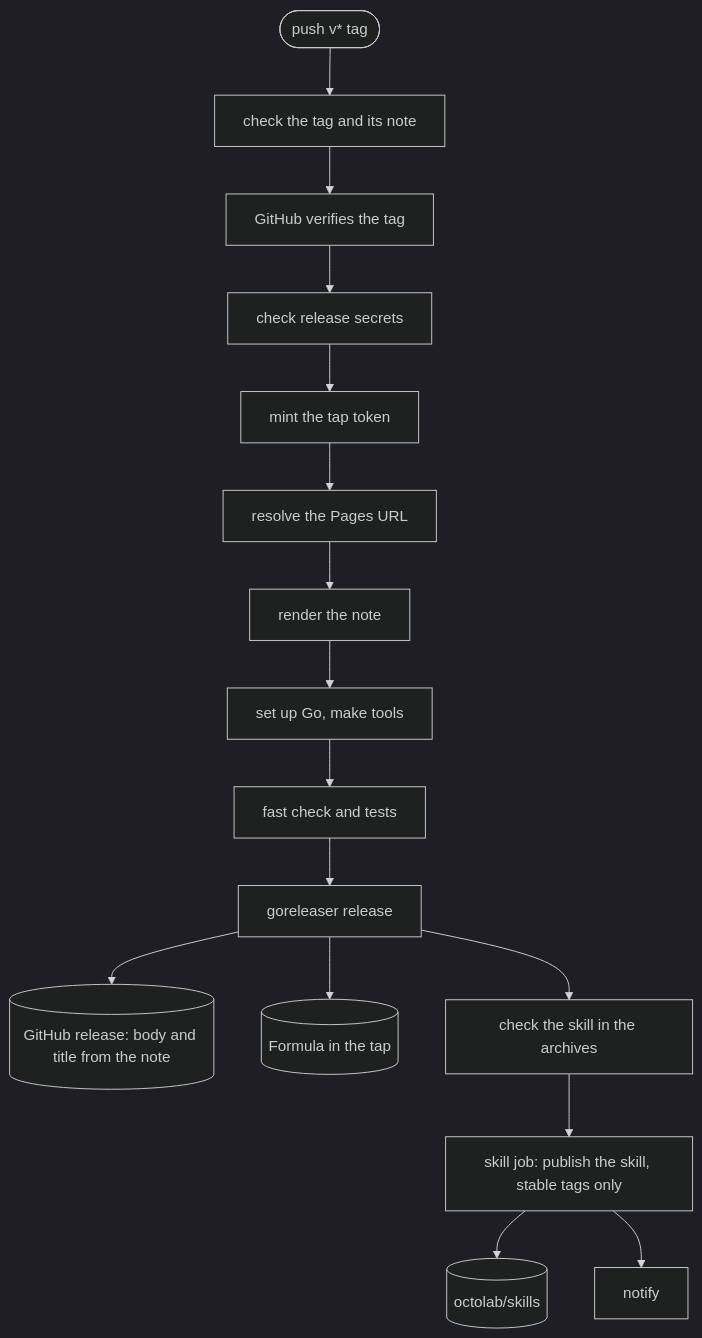
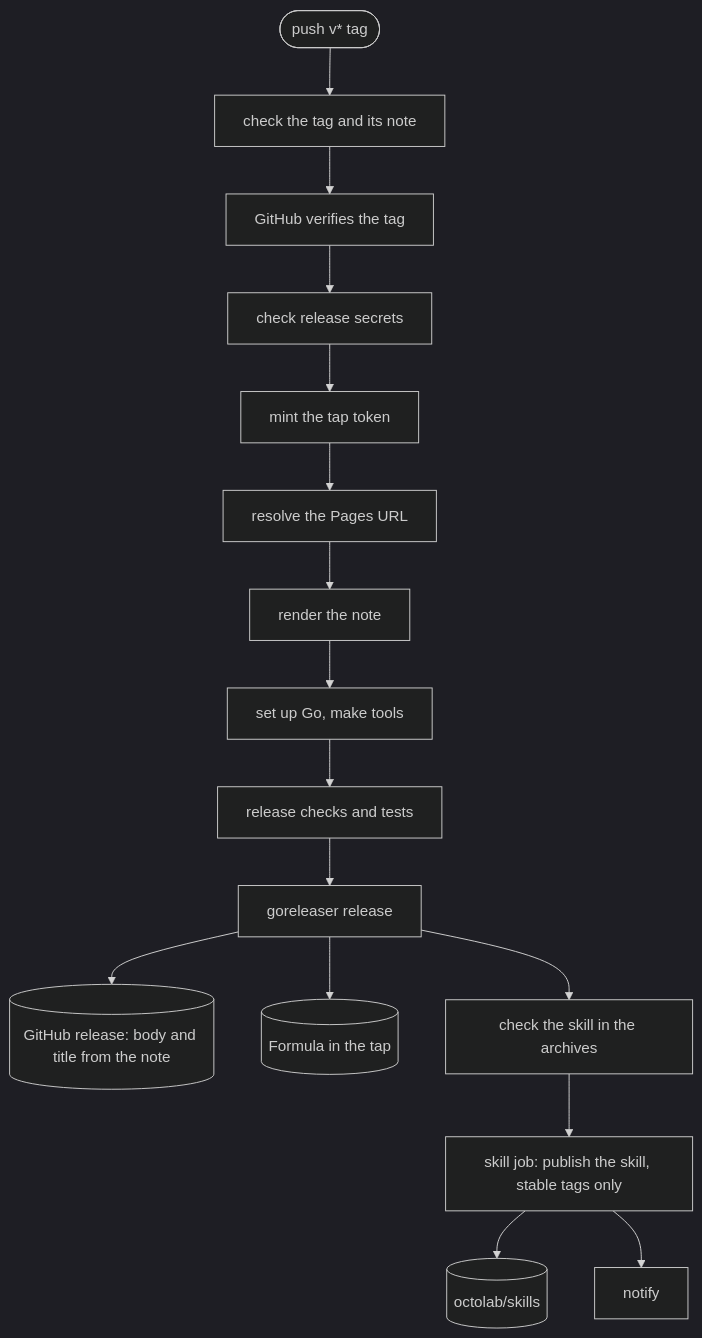
Before and after one commit to octopot/indexit: the third of 10 diagrams in .github/workflows/README.md, drawn with Mermaid (dark theme). The commit also changed other lines of this file and 10 other files, not shown here.

Commit message:
ci/cd: run the release guards, the full linter set and tool-pins-check in ci, cd, tools and the doctor

````diff
--- a/.github/workflows/README.md
+++ b/.github/workflows/README.md
@@ -81,10 +81,10 @@
 ```mermaid
 flowchart TB
   tag([push v* tag]) --> check[check the tag and its note] --> signature[GitHub verifies the tag] --> secrets[check release secrets] --> token[mint the tap token] --> pages[resolve the Pages URL] --> render[render the note]
-  render --> go[set up Go, make tools] --> test[fast check and tests] --> publish[goreleaser release]
+  render --> go[set up Go, make tools] --> test[release checks and tests] --> publish[goreleaser release]
   publish --> release[(GitHub release: body and title from the note)]
   publish --> tap[(Formula in the tap)]
   publish --> archives[check the skill in the archives]
   archives --> skill[skill job: publish the skill, stable tags only] --> catalog[(octolab/skills)]
   skill --> notify[notify]
 ```
````
